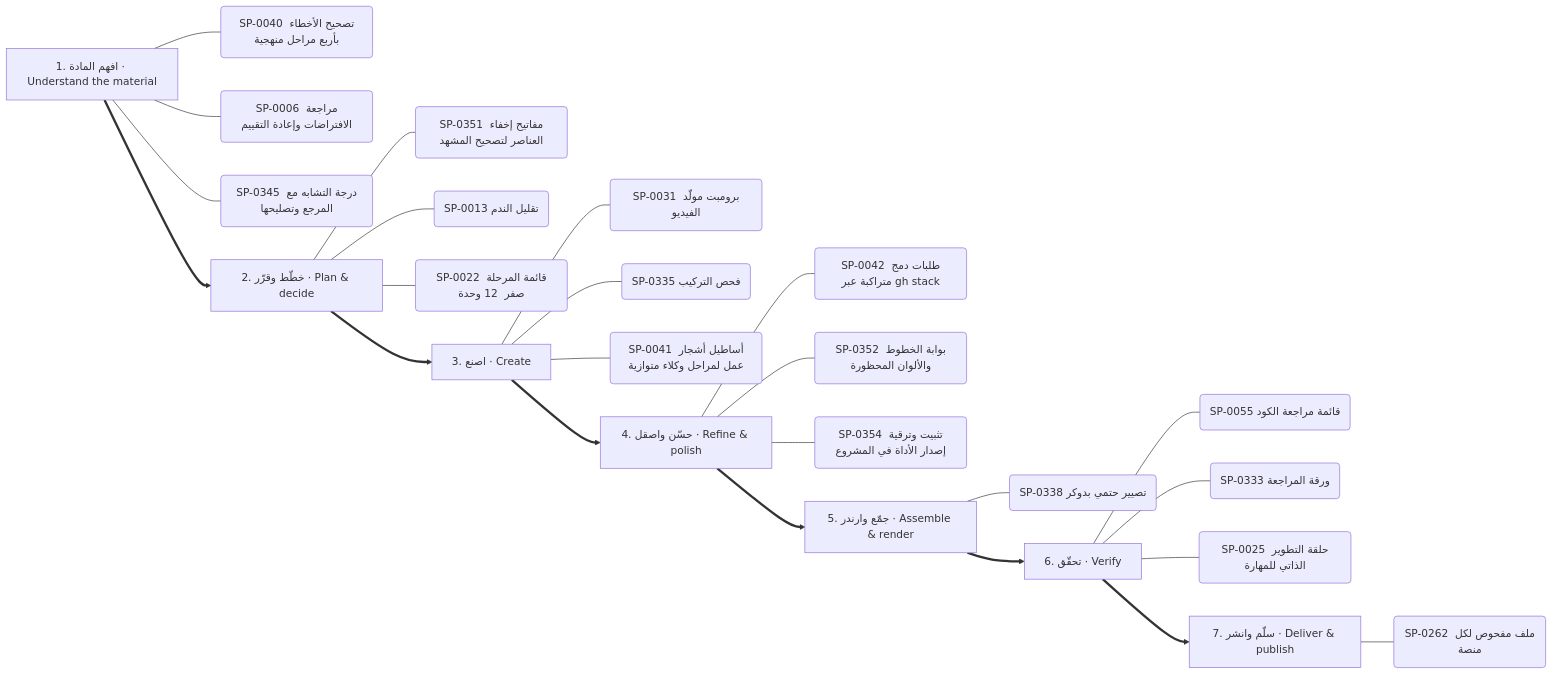
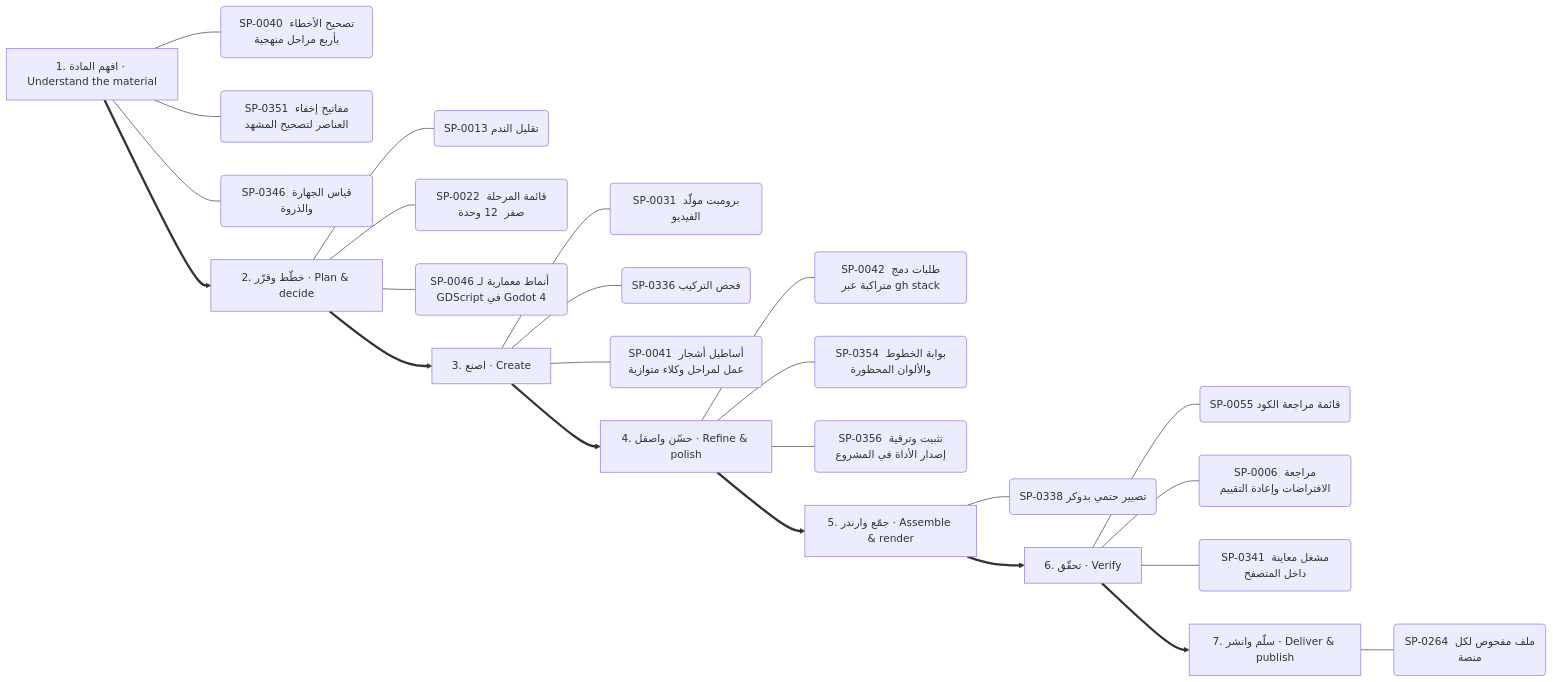
One commit to kosif199022-jpg/kosif-tool changed the tenth of 13 diagrams in .claude/skills/kosif-superpowers/references/capability-mindmap.md. Above: the diagram before and after it, drawn with Mermaid. The commit also changed other lines of this file and 67 other files, not shown here.

````diff
--- a/.claude/skills/kosif-superpowers/references/capability-mindmap.md
+++ b/.claude/skills/kosif-superpowers/references/capability-mindmap.md
@@ -500,33 +502,33 @@
 ```mermaid
 flowchart LR
   S0["1. افهم المادة · Understand the material"]
   S0 --- S0_0("SP-0040 تصحيح الأخطاء بأربع مراحل منهجية")
-  S0 --- S0_1("SP-0006 مراجعة الافتراضات وإعادة التقييم")
-  S0 --- S0_2("SP-0345 درجة التشابه مع المرجع وتصليحها")
+  S0 --- S0_1("SP-0351 مفاتيح إخفاء العناصر لتصحيح المشهد")
+  S0 --- S0_2("SP-0346 قياس الجهارة والذروة")
   S1["2. خطّط وقرّر · Plan & decide"]
-  S1 --- S1_0("SP-0351 مفاتيح إخفاء العناصر لتصحيح المشهد")
-  S1 --- S1_1("SP-0013 تقليل الندم")
-  S1 --- S1_2("SP-0022 قائمة المرحلة صفر  12 وحدة ")
+  S1 --- S1_0("SP-0013 تقليل الندم")
+  S1 --- S1_1("SP-0022 قائمة المرحلة صفر  12 وحدة ")
+  S1 --- S1_2("SP-0046 أنماط معمارية لـ GDScript في Godot 4")
   S0 ==> S1
   S2["3. اصنع · Create"]
   S2 --- S2_0("SP-0031 برومبت مولّد الفيديو")
-  S2 --- S2_1("SP-0335 فحص التركيب")
+  S2 --- S2_1("SP-0336 فحص التركيب")
   S2 --- S2_2("SP-0041 أساطيل أشجار عمل لمراحل وكلاء متوازية")
   S1 ==> S2
   S3["4. حسّن واصقل · Refine & polish"]
   S3 --- S3_0("SP-0042 طلبات دمج متراكبة عبر gh stack")
-  S3 --- S3_1("SP-0352 بوابة الخطوط والألوان المحظورة")
-  S3 --- S3_2("SP-0354 تثبيت وترقية إصدار الأداة في المشروع")
+  S3 --- S3_1("SP-0354 بوابة الخطوط والألوان المحظورة")
+  S3 --- S3_2("SP-0356 تثبيت وترقية إصدار الأداة في المشروع")
   S2 ==> S3
   S4["5. جمّع وارندر · Assemble & render"]
   S4 --- S4_0("SP-0338 تصيير حتمي بدوكر")
   S3 ==> S4
   S5["6. تحقّق · Verify"]
   S5 --- S5_0("SP-0055 قائمة مراجعة الكود")
-  S5 --- S5_1("SP-0333 ورقة المراجعة")
-  S5 --- S5_2("SP-0025 حلقة التطوير الذاتي للمهارة")
+  S5 --- S5_1("SP-0006 مراجعة الافتراضات وإعادة التقييم")
+  S5 --- S5_2("SP-0341 مشغل معاينة داخل المتصفح")
   S4 ==> S5
   S6["7. سلّم وانشر · Deliver & publish"]
-  S6 --- S6_0("SP-0262 ملف مفحوص لكل منصة")
+  S6 --- S6_0("SP-0264 ملف مفحوص لكل منصة")
   S5 ==> S6
 ```
````
